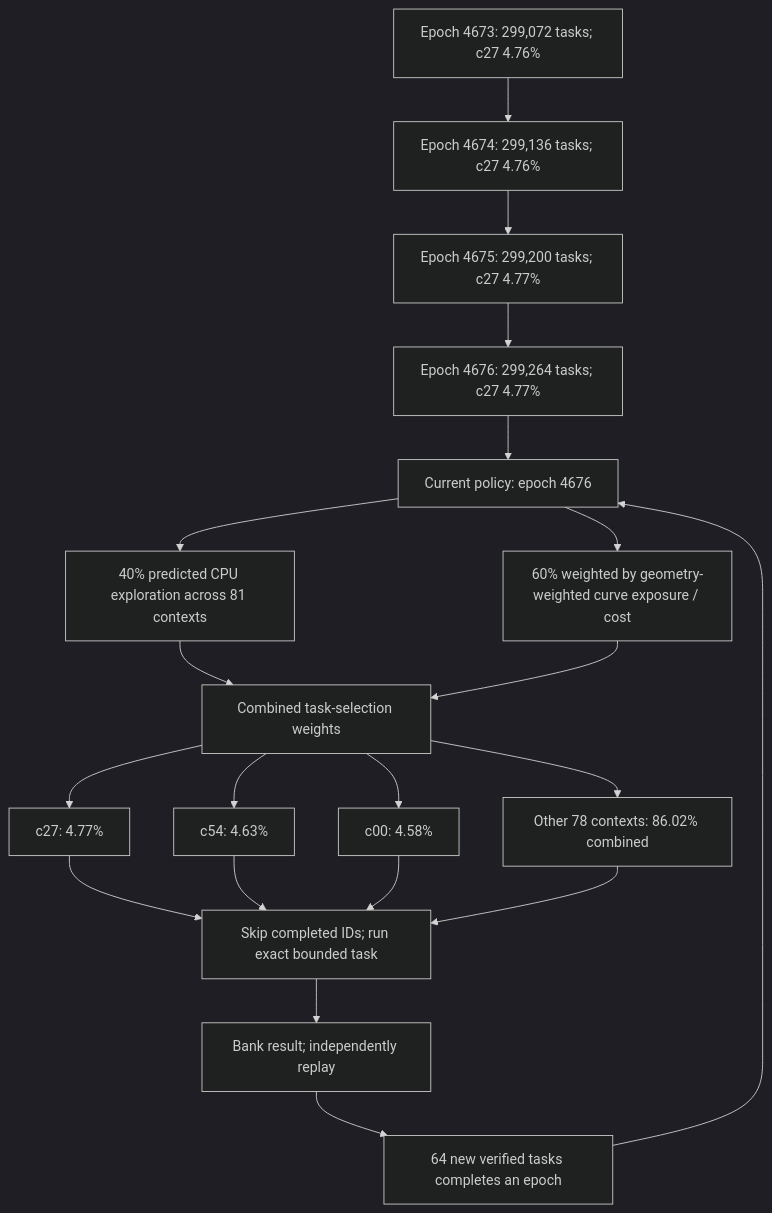
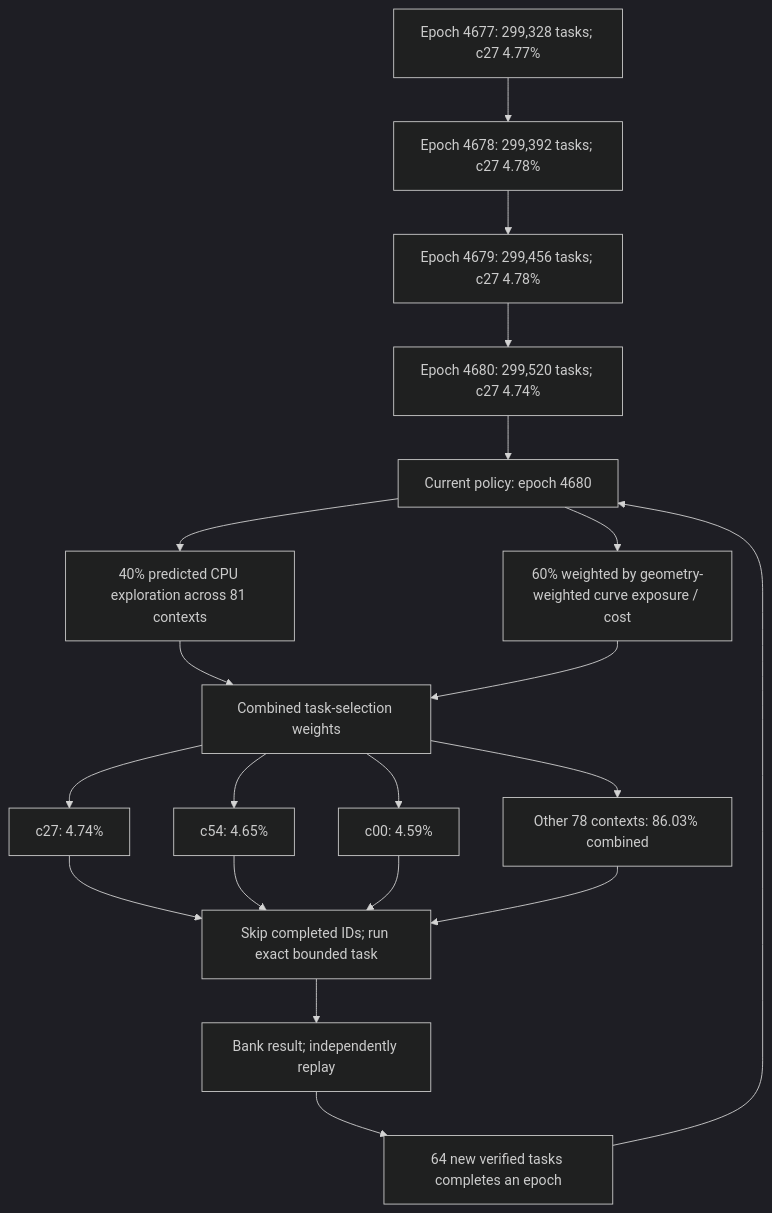
The first of 3 diagrams in README.md (Kuberwastaken/math-gambling), drawn with Mermaid (dark theme) before and after one commit. The commit also changed other lines of this file and 2598 other files, not shown here.

````diff
--- a/README.md
+++ b/README.md
@@ -60,27 +60,27 @@
 ```mermaid
 flowchart TD
-    H0["Epoch 4673: 299,072 tasks; c27 4.76%"]
-    H1["Epoch 4674: 299,136 tasks; c27 4.76%"]
+    H0["Epoch 4677: 299,328 tasks; c27 4.77%"]
+    H1["Epoch 4678: 299,392 tasks; c27 4.78%"]
     H0 --> H1
-    H2["Epoch 4675: 299,200 tasks; c27 4.77%"]
+    H2["Epoch 4679: 299,456 tasks; c27 4.78%"]
     H1 --> H2
-    H3["Epoch 4676: 299,264 tasks; c27 4.77%"]
+    H3["Epoch 4680: 299,520 tasks; c27 4.74%"]
     H2 --> H3
-    Policy["Current policy: epoch 4676"]
+    Policy["Current policy: epoch 4680"]
     H3 --> Policy
     Policy --> Explore["40% predicted CPU exploration across 81 contexts"]
     Policy --> Cost["60% weighted by geometry-weighted curve exposure / cost"]
     Explore --> Mix["Combined task-selection weights"]
     Cost --> Mix
-    Mix --> C0["c27: 4.77%"]
-    Mix --> C1["c54: 4.63%"]
-    Mix --> C2["c00: 4.58%"]
-    Mix --> Rest["Other 78 contexts: 86.02% combined"]
+    Mix --> C0["c27: 4.74%"]
+    Mix --> C1["c54: 4.65%"]
+    Mix --> C2["c00: 4.59%"]
+    Mix --> Rest["Other 78 contexts: 86.03% combined"]
     C0 --> Check["Skip completed IDs; run exact bounded task"]
     C1 --> Check
     C2 --> Check
     Rest --> Check
     Check --> Replay["Bank result; independently replay"]
     Replay --> Gate["64 new verified tasks completes an epoch"]
     Gate --> Policy
 ```
````
